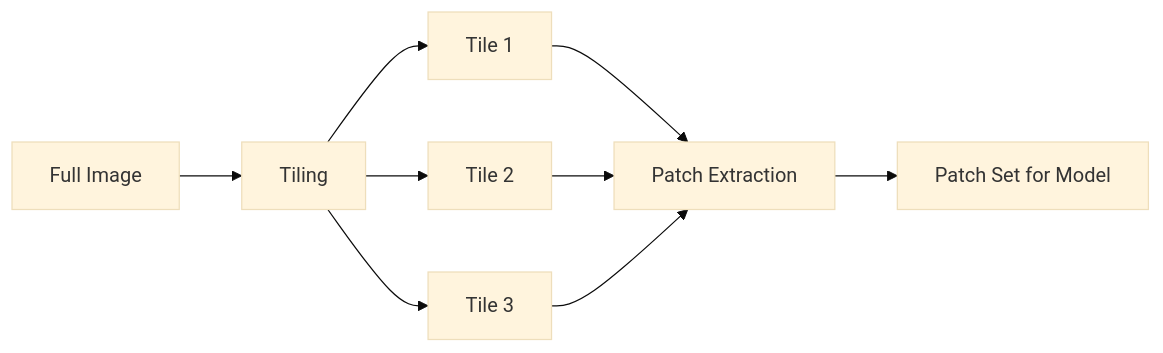
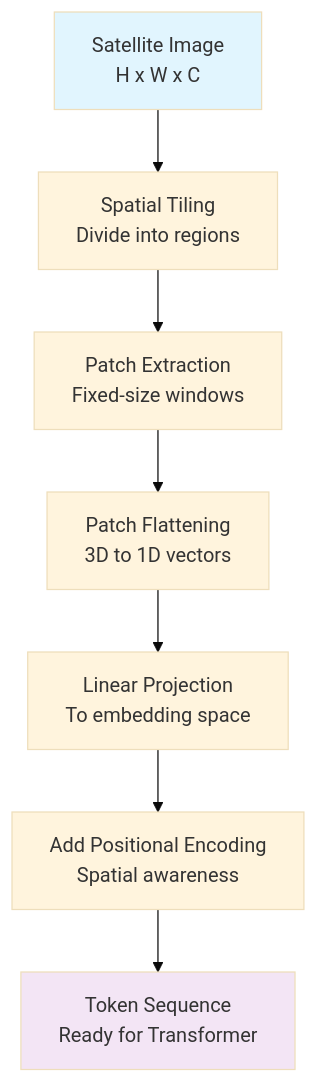
The diagram in book/extras/examples/tiling-and-patches.qmd (octopifriends/gfms-from-scratch.github.io), drawn with Mermaid (base theme) before and after one commit. The commit also changed other lines of this file and 21 other files, not shown here.

````diff
--- a/book/extras/examples/tiling-and-patches.qmd
+++ b/book/extras/examples/tiling-and-patches.qmd
@@ -21,11 +43,13 @@
 ```{mermaid}
-graph LR
-    A[Full Image] --> B[Tiling]
-    B --> C[Tile 1]
-    B --> D[Tile 2]
-    B --> E[Tile 3]
-    C --> F[Patch Extraction]
-    D --> F
-    E --> F
-    F --> G[Patch Set for Model]
+%%{init: { 'logLevel': 'debug' } }%%
+graph TD
+    A[Satellite Image<br/>H x W x C] --> B[Spatial Tiling<br/>Divide into regions]
+    B --> C[Patch Extraction<br/>Fixed-size windows]
+    C --> D[Patch Flattening<br/>3D to 1D vectors]
+    D --> E[Linear Projection<br/>To embedding space]
+    E --> F[Add Positional Encoding<br/>Spatial awareness]
+    F --> G[Token Sequence<br/>Ready for Transformer]
+    
+    style A fill:#e1f5fe
+    style G fill:#f3e5f5
 ```
````
